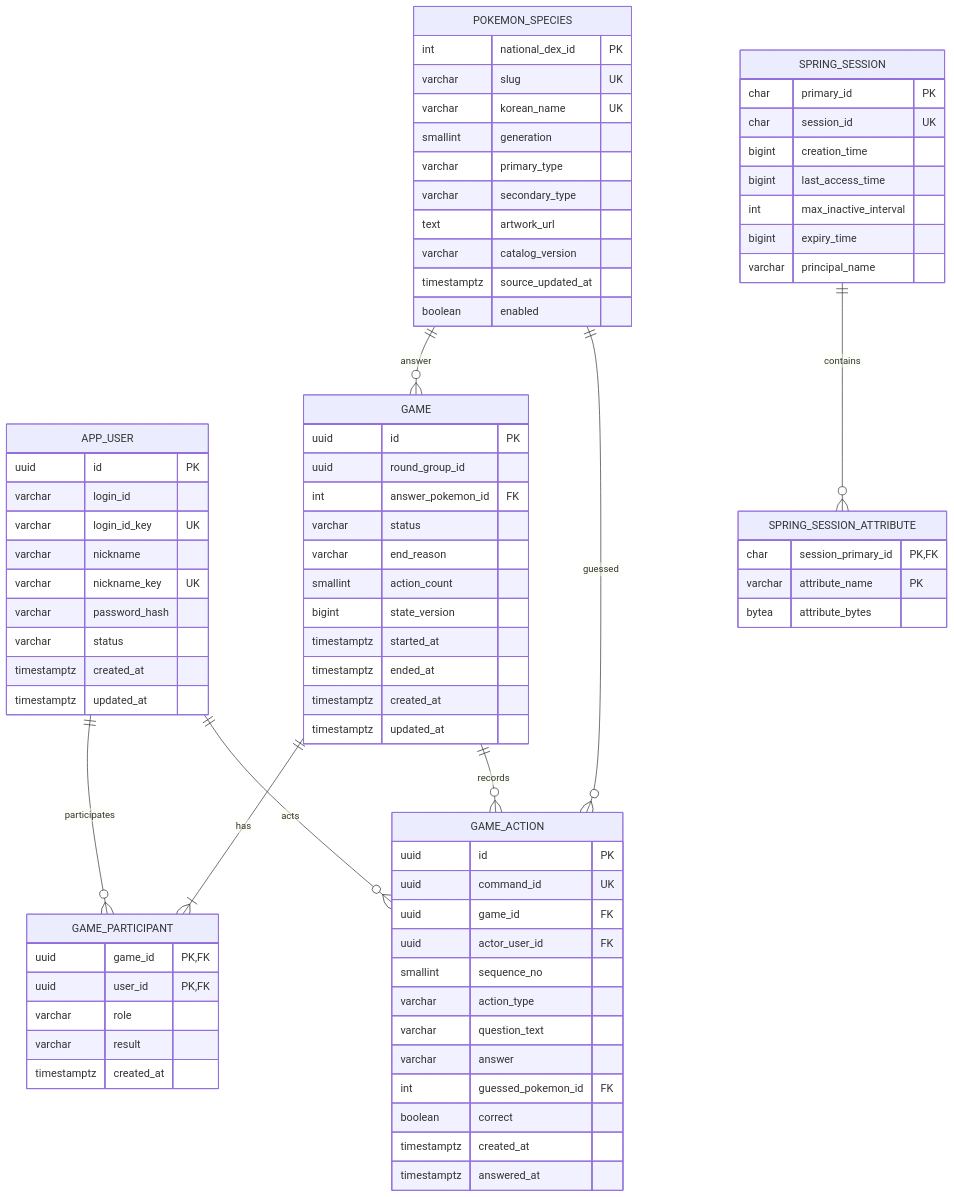
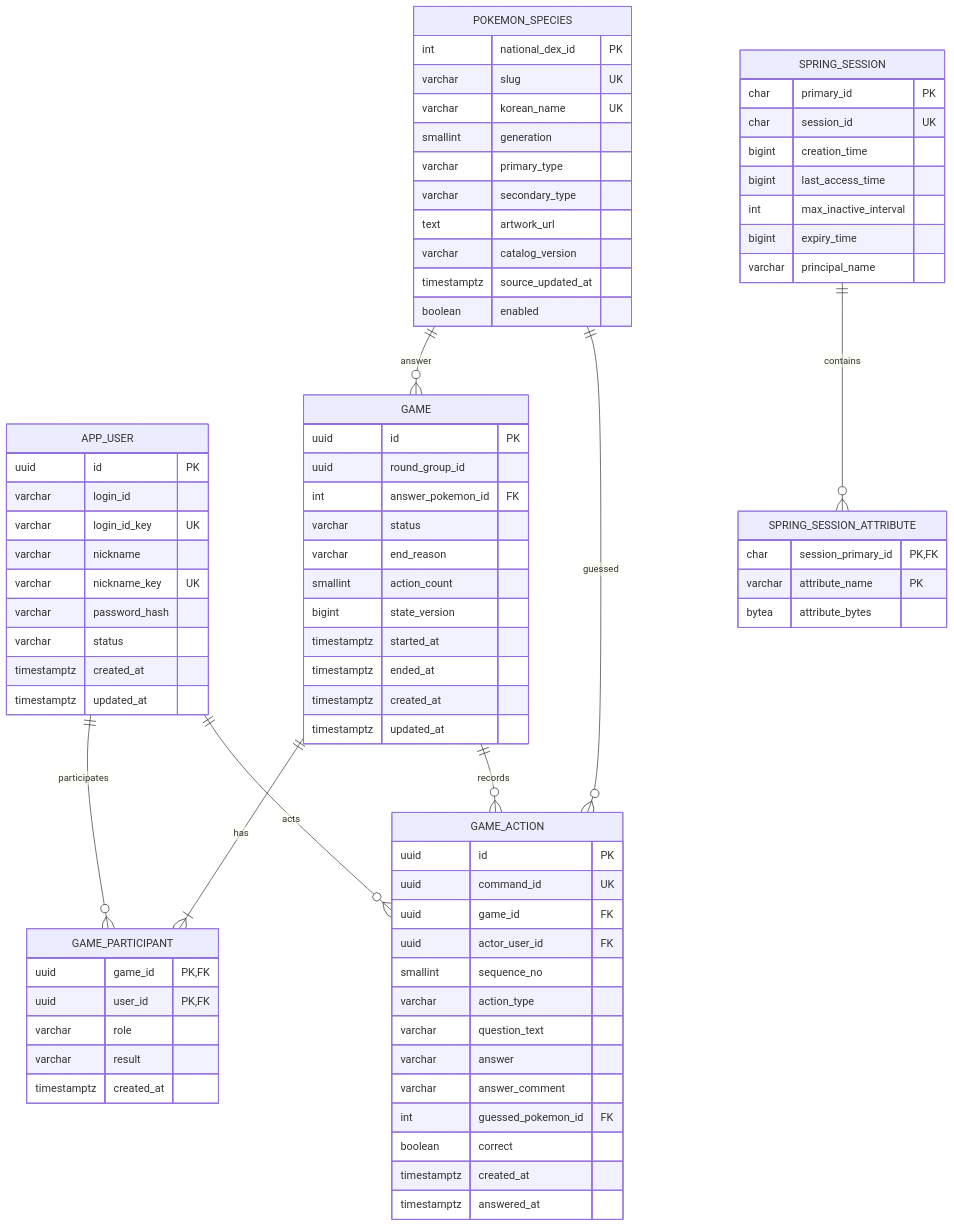
Before and after one commit to xxh3898/guess-pokemon: the diagram in docs/ERD.md, drawn with Mermaid. The commit also changed other lines of this file and 29 other files, not shown here.

```diff
--- a/docs/ERD.md
+++ b/docs/ERD.md
@@ -84,6 +84,7 @@
         varchar action_type
         varchar question_text
         varchar answer
+        varchar answer_comment
         int guessed_pokemon_id FK
         boolean correct
         timestamptz created_at
```
